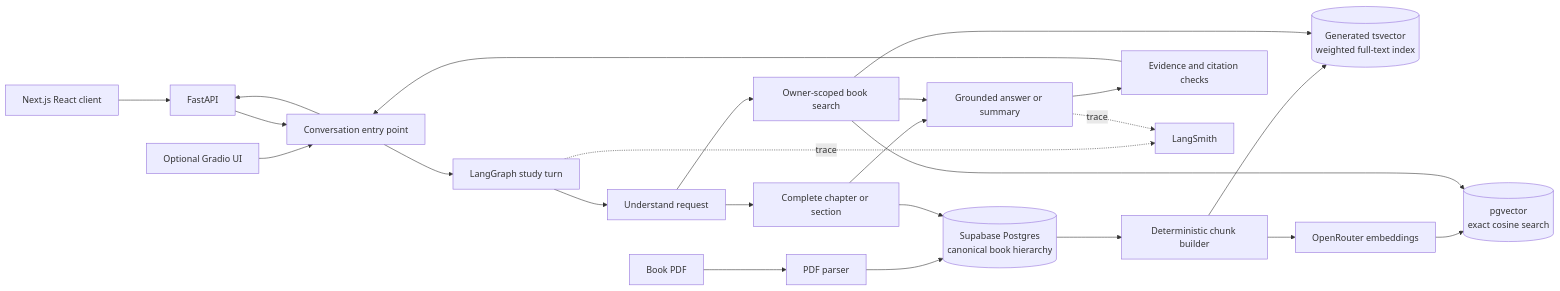
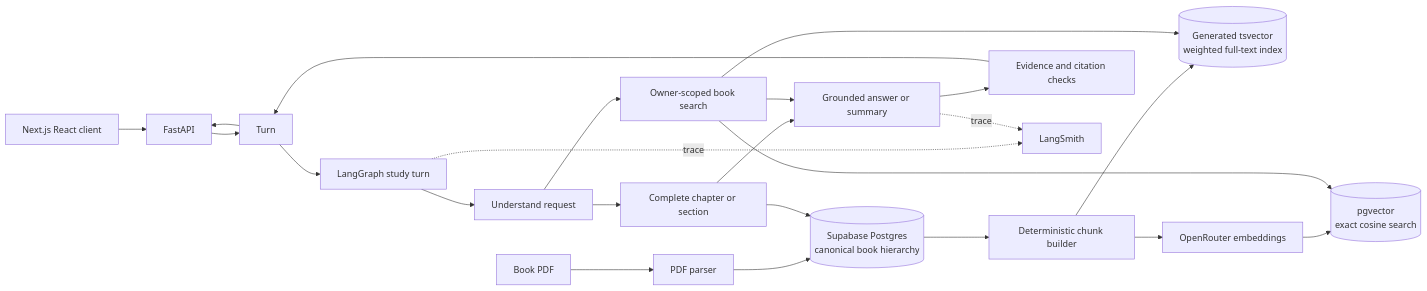
Before and after one commit to rabhishek100/agentic_study_partner: the diagram in docs/architecture.md, drawn with Mermaid. The commit also changed other lines of this file and 40 other files, not shown here.

````diff
--- a/docs/architecture.md
+++ b/docs/architecture.md
@@ -7,29 +7,28 @@
 ```mermaid
 flowchart LR
     PDF[Book PDF] --> Parse[PDF parser]
     Parse --> Canonical[(Supabase Postgres<br/>canonical book hierarchy)]
 
     Canonical --> Chunk[Deterministic chunk builder]
     Chunk --> FTS[(Generated tsvector<br/>weighted full-text index)]
     Chunk --> Embed[OpenRouter embeddings]
     Embed --> Vector[(pgvector<br/>exact cosine search)]
 
     Next[Next.js React client] --> API[FastAPI]
-    Gradio[Optional Gradio UI] --> Turn[Conversation entry point]
     API --> Turn
     Turn --> Graph[LangGraph study turn]
     Graph --> Plan[Understand request]
     Plan --> Scope[Complete chapter or section]
     Plan --> Search[Owner-scoped book search]
     Scope --> Canonical
     Search --> FTS
     Search --> Vector
     Scope --> Answer[Grounded answer or summary]
     Search --> Answer
     Answer --> Check[Evidence and citation checks]
     Check --> Turn
     Turn --> API
 
     Graph -. trace .-> LangSmith[LangSmith]
     Answer -. trace .-> LangSmith
 ```
````
